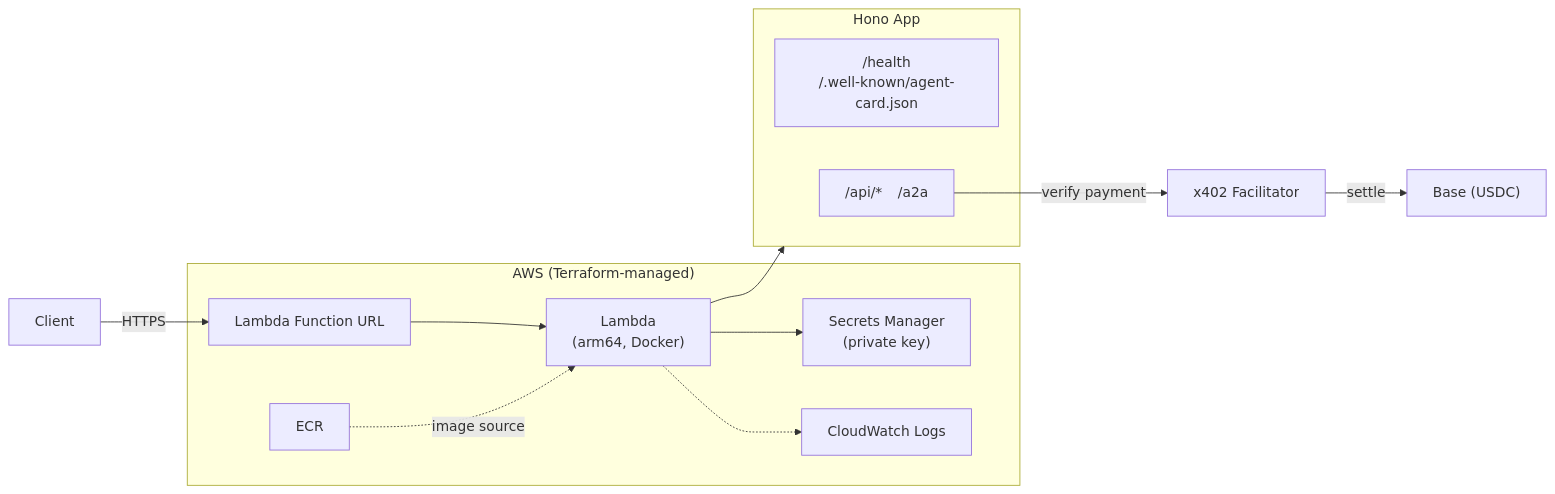
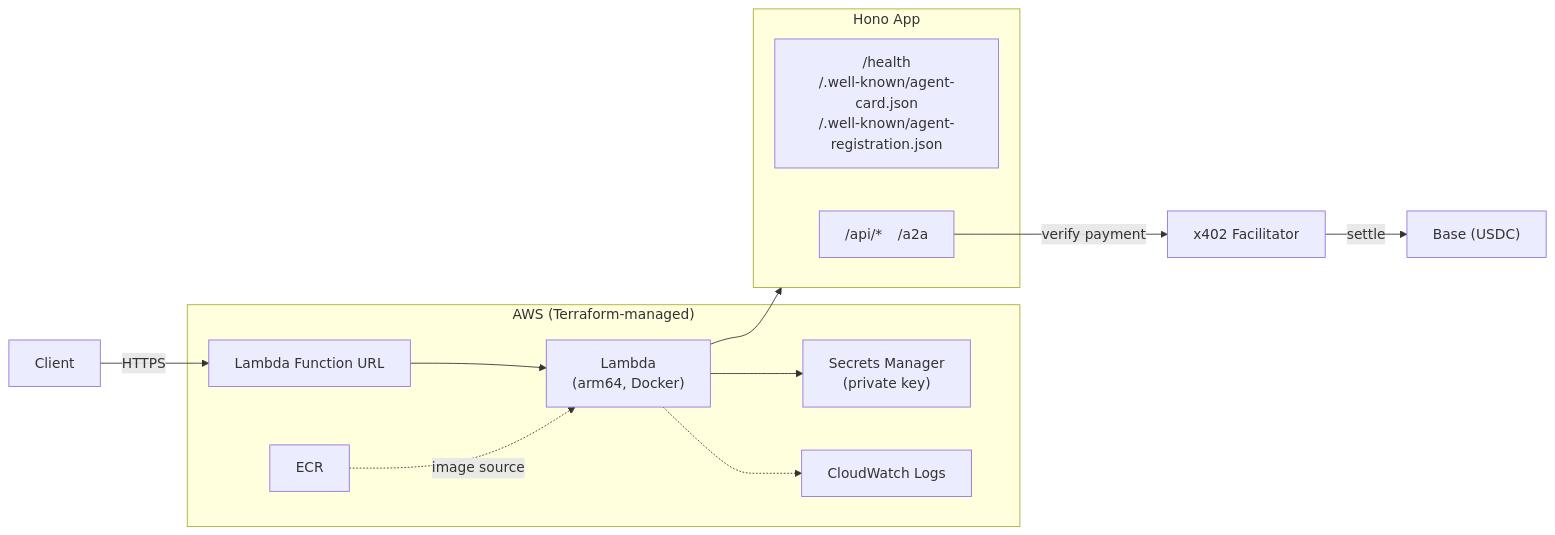
The first of 4 diagrams in README.md (wgopar/a2a-x402-agent-template), drawn with Mermaid before and after one commit. The commit also changed other lines of this file and 1 other file, not shown here.

First line of the commit message:
Update README and AGENT.md for CDP facilitator, entrypoints, and bypass-payments

````diff
--- a/README.md
+++ b/README.md
@@ -13,21 +13,21 @@
 ```mermaid
 flowchart LR
     Client -->|HTTPS| FnURL["Lambda Function URL"]
 
     subgraph AWS["AWS (Terraform-managed)"]
         FnURL --> Lambda["Lambda<br/>(arm64, Docker)"]
         Lambda --> SM["Secrets Manager<br/>(private key)"]
         Lambda -.-> CW["CloudWatch Logs"]
         ECR["ECR"] -.->|image source| Lambda
     end
 
     subgraph Hono["Hono App"]
-        Free["/health<br/>/.well-known/agent-card.json"]
+        Free["/health<br/>/.well-known/agent-card.json<br/>/.well-known/agent-registration.json"]
         Paid["/api/* &ensp; /a2a"]
     end
 
     Lambda --> Hono
 
     Paid -->|verify payment| Facilitator["x402 Facilitator"]
     Facilitator -->|settle| Blockchain["Base (USDC)"]
 ```
````
